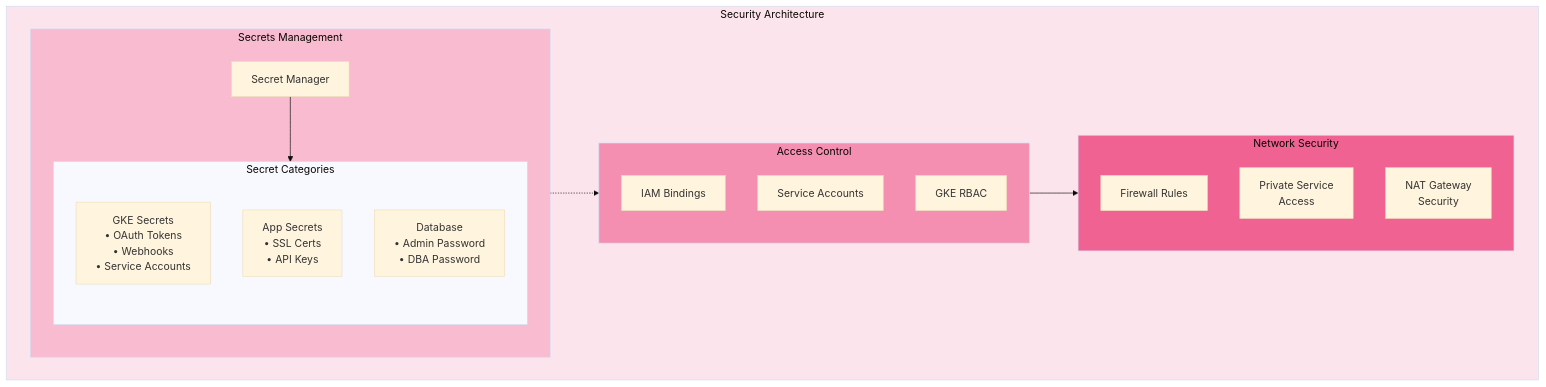
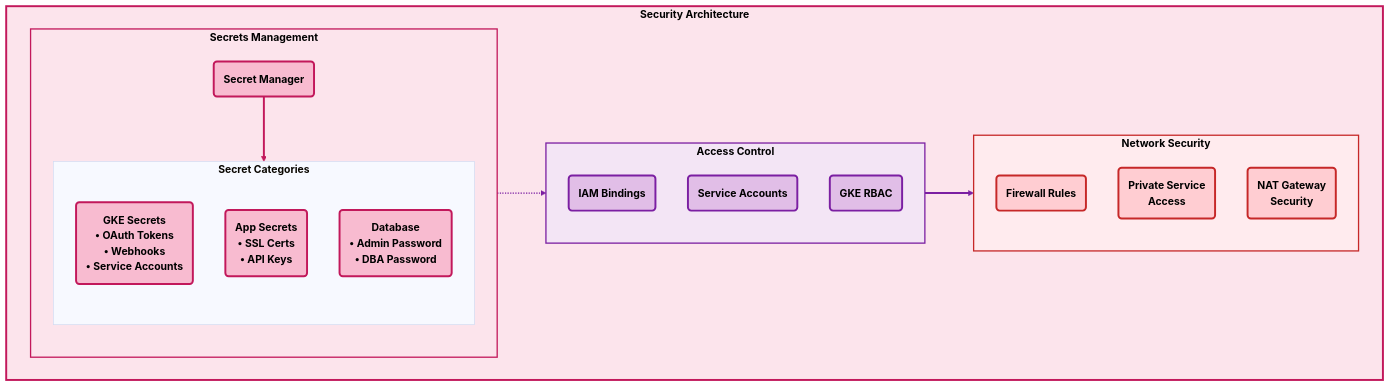
The fourth of 7 diagrams in docs/ARCHITECTURE_DIAGRAM.md (spolspol/terragrunt-gcp-org-automation), drawn with Mermaid (base theme) before and after one commit. The commit also changed other lines of this file and 243 other files, not shown here.

````diff
--- a/docs/ARCHITECTURE_DIAGRAM.md
+++ b/docs/ARCHITECTURE_DIAGRAM.md
@@ -222,34 +401,46 @@
 ```mermaid
 flowchart TD
-    subgraph SecurityComponents["Security Architecture"]
-        subgraph SecretsManagement["Secrets Management"]
-            SM[Secret Manager]
-            subgraph SecretTypes["Secret Categories"]
-                GKE_SEC[GKE Secrets<br/>• OAuth Tokens<br/>• Webhooks<br/>• Service Accounts]
-                APP_SEC[App Secrets<br/>• SSL Certs<br/>• API Keys]
-                DB_SEC[Database<br/>• Admin Password<br/>• DBA Password]
+    subgraph SecurityComponents["<b>Security Architecture</b>"]
+        subgraph SecretsManagement["<b>Secrets Management</b>"]
+            SM("<b>Secret Manager</b>")
+            subgraph SecretTypes["<b>Secret Categories</b>"]
+                GKE_SEC("<b>GKE Secrets<br/>• OAuth Tokens<br/>• Webhooks<br/>• Service Accounts</b>")
+                APP_SEC("<b>App Secrets<br/>• SSL Certs<br/>• API Keys</b>")
+                DB_SEC("<b>Database<br/>• Admin Password<br/>• DBA Password</b>")
             end
-            SM --> SecretTypes
+            SM ==> SecretTypes
         end
-        
-        subgraph AccessControl["Access Control"]
-            IAM_BIND[IAM Bindings]
-            SA[Service Accounts]
-            RBAC[GKE RBAC]
+
+        subgraph AccessControl["<b>Access Control</b>"]
+            IAM_BIND("<b>IAM Bindings</b>")
+            SA("<b>Service Accounts</b>")
+            RBAC("<b>GKE RBAC</b>")
         end
-        
-        subgraph NetworkSecurity["Network Security"]
-            FW[Firewall Rules]
-            PSA[Private Service<br/>Access]
-            NAT_SEC[NAT Gateway<br/>Security]
+
+        subgraph NetworkSecurity["<b>Network Security</b>"]
+            FW("<b>Firewall Rules</b>")
+            PSA("<b>Private Service<br/>Access</b>")
+            NAT_SEC("<b>NAT Gateway<br/>Security</b>")
         end
     end
-    
+
     SecretsManagement -.-> AccessControl
-    AccessControl --> NetworkSecurity
-    
-    style SecurityComponents fill:#fce4ec
-    style SecretsManagement fill:#f8bbd0
-    style AccessControl fill:#f48fb1
-    style NetworkSecurity fill:#f06292
+    AccessControl ==> NetworkSecurity
+
+    classDef secrets fill:#f8bbd0,stroke:#c2185b,stroke-width:3px,font-weight:bold,color:#000
+    classDef access fill:#e1bee7,stroke:#7b1fa2,stroke-width:3px,font-weight:bold,color:#000
+    classDef netsec fill:#ffcdd2,stroke:#c62828,stroke-width:3px,font-weight:bold,color:#000
+
+    class SM,GKE_SEC,APP_SEC,DB_SEC secrets
+    class IAM_BIND,SA,RBAC access
+    class FW,PSA,NAT_SEC netsec
+
+    linkStyle 0 stroke:#c2185b,stroke-width:3px
+    linkStyle 1 stroke:#7b1fa2,stroke-width:2px
+    linkStyle 2 stroke:#7b1fa2,stroke-width:3px
+
+    style SecurityComponents fill:#fce4ec,stroke:#c2185b,stroke-width:3px,color:#000
+    style SecretsManagement fill:#fce4ec,stroke:#c2185b,stroke-width:2px,color:#000
+    style AccessControl fill:#f3e5f5,stroke:#7b1fa2,stroke-width:2px,color:#000
+    style NetworkSecurity fill:#ffebee,stroke:#c62828,stroke-width:2px,color:#000
 ```
````
